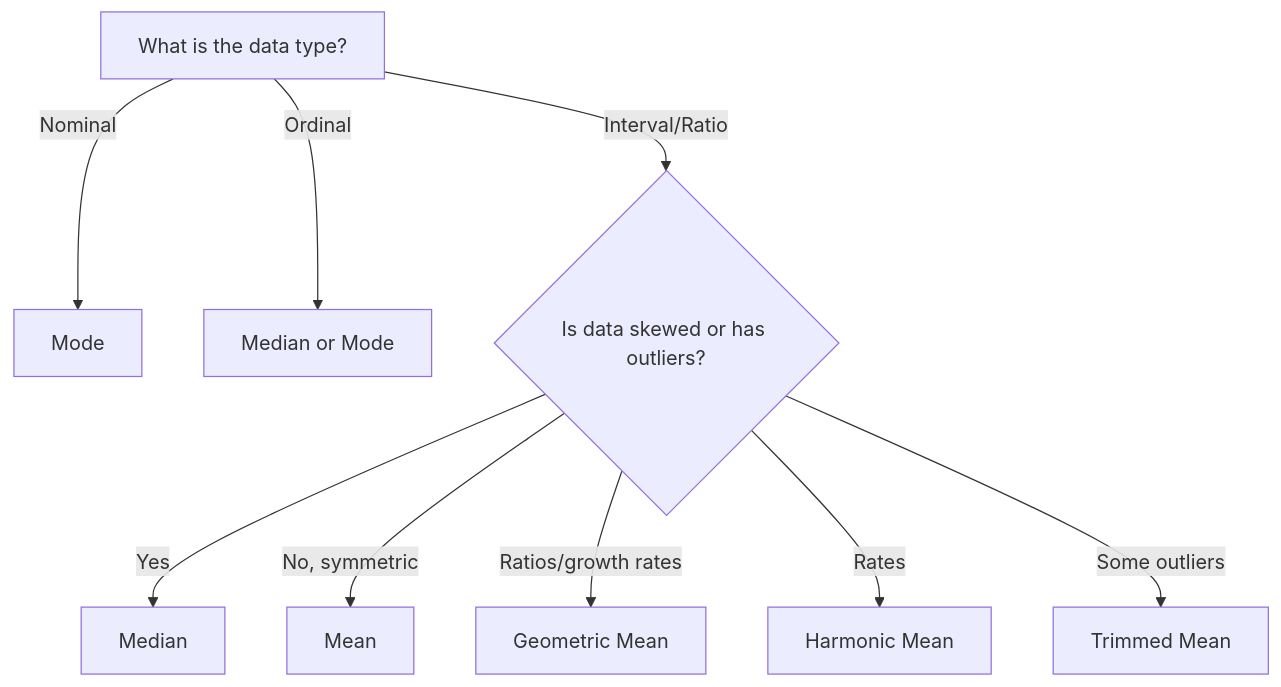
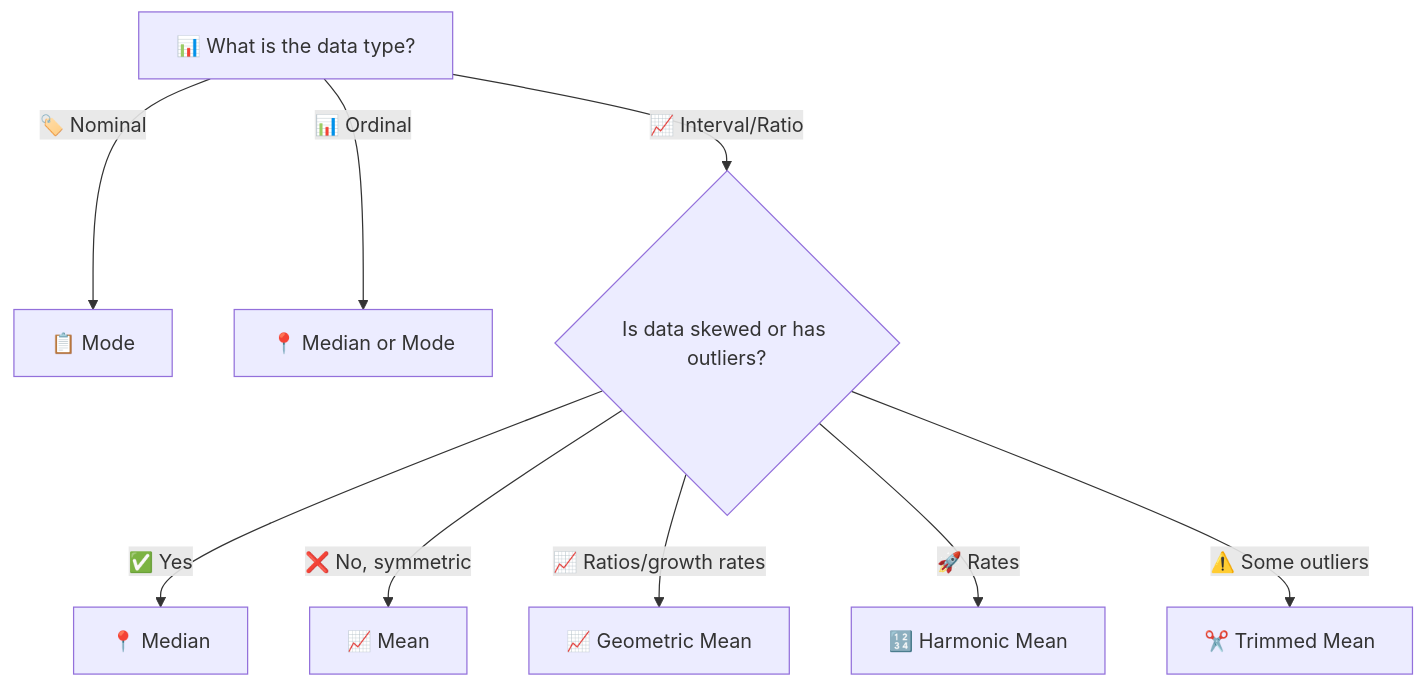
Diagram 11 of 12 in 02-central-tendency.md (muhammadsalek/statistics-for-scientists), drawn with Mermaid before and after one commit. The commit also changed other lines of this file, not shown here.

````diff
--- a/02-central-tendency.md
+++ b/02-central-tendency.md
@@ -746,11 +1005,11 @@
 ```mermaid
 flowchart TD
-    A[What is the data type?] -->|Nominal| B[Mode]
-    A -->|Ordinal| C[Median or Mode]
-    A -->|Interval/Ratio| D{Is data skewed or has outliers?}
-    D -->|Yes| E[Median]
-    D -->|No, symmetric| F[Mean]
-    D -->|Ratios/growth rates| G[Geometric Mean]
-    D -->|Rates| H[Harmonic Mean]
-    D -->|Some outliers| I[Trimmed Mean]
+    A["📊 What is the data type?"] -->|"🏷️ Nominal"| B["📋 Mode"]
+    A -->|"📊 Ordinal"| C["📍 Median or Mode"]
+    A -->|"📈 Interval/Ratio"| D{"Is data skewed or has outliers?"}
+    D -->|"✅ Yes"| E["📍 Median"]
+    D -->|"❌ No, symmetric"| F["📈 Mean"]
+    D -->|"📈 Ratios/growth rates"| G["📈 Geometric Mean"]
+    D -->|"🚀 Rates"| H["🔢 Harmonic Mean"]
+    D -->|"⚠️ Some outliers"| I["✂️ Trimmed Mean"]
 ```
````
